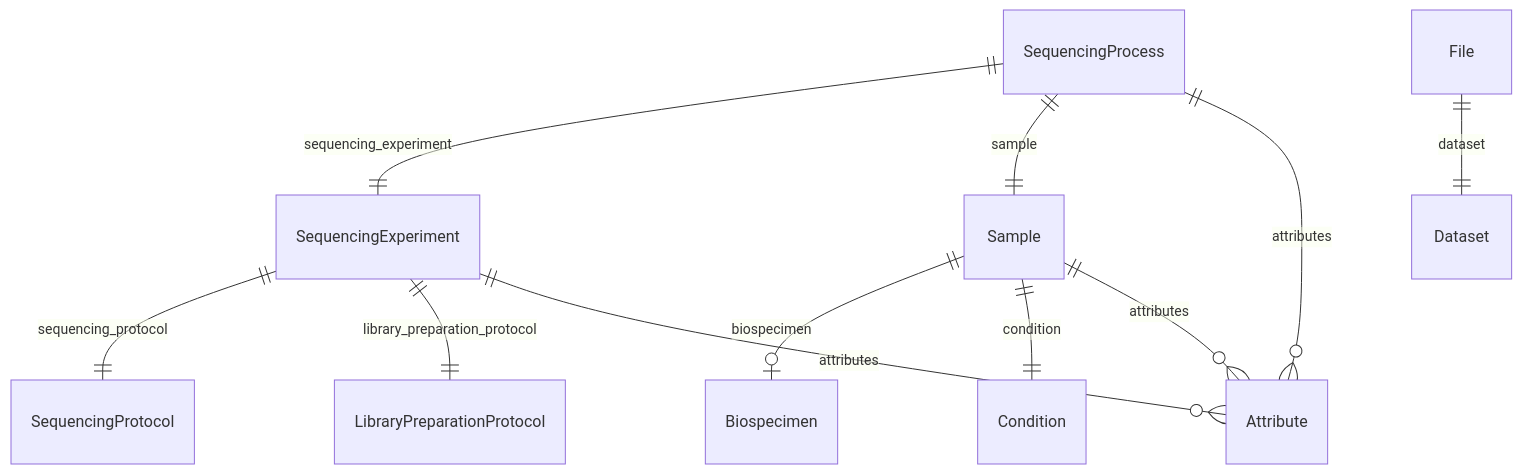
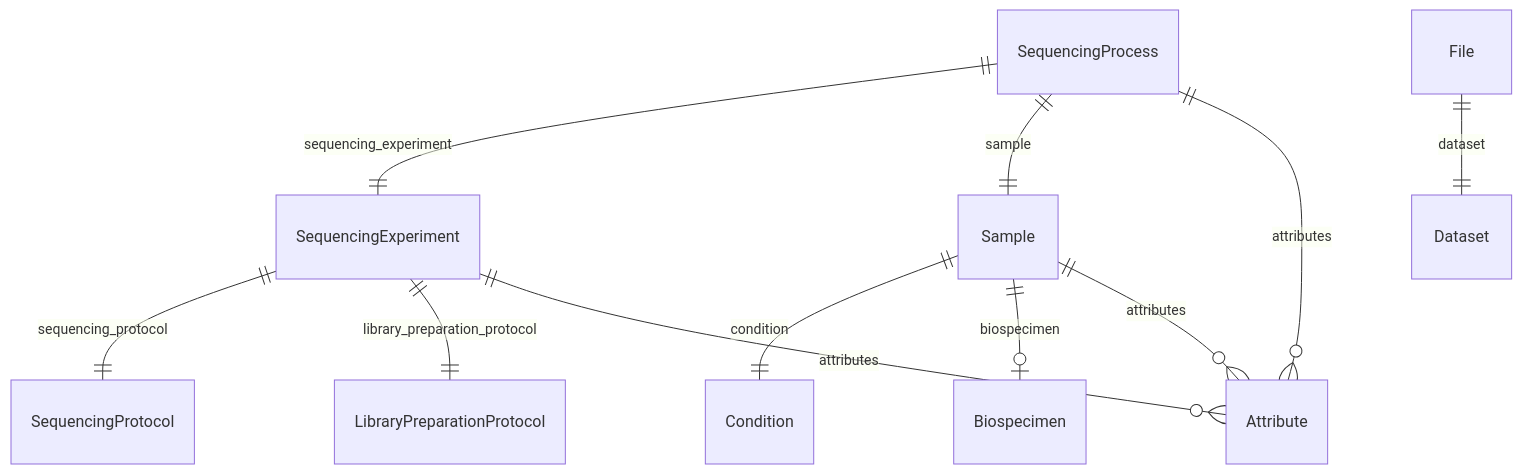
The third of 7 diagrams in docs/entity_relations.md (ghga-de/ghga-metadata-schema), drawn with Mermaid before and after one commit. The commit also changed other lines of this file and 37 other files, not shown here.

First line of the commit message:
Schema fixes (#136)

````diff
--- a/docs/entity_relations.md
+++ b/docs/entity_relations.md
@@ -163,27 +163,27 @@
 ```mermaid
 erDiagram
 SequencingProcess {
 
 }
 File {
 
 }
 Sample {
 
 }
 SequencingExperiment {
 
 }
 
 SequencingProcess ||--|| SequencingExperiment : "sequencing_experiment"
 SequencingProcess ||--|| Sample : "sample"
 SequencingProcess ||--}o Attribute : "attributes"
 File ||--|| Dataset : "dataset"
+Sample ||--|| Condition : "condition"
 Sample ||--|o Biospecimen : "biospecimen"
-Sample ||--|| Condition : "condition"
 Sample ||--}o Attribute : "attributes"
 SequencingExperiment ||--|| SequencingProtocol : "sequencing_protocol"
 SequencingExperiment ||--|| LibraryPreparationProtocol : "library_preparation_protocol"
 SequencingExperiment ||--}o Attribute : "attributes"
 
 ```
````
